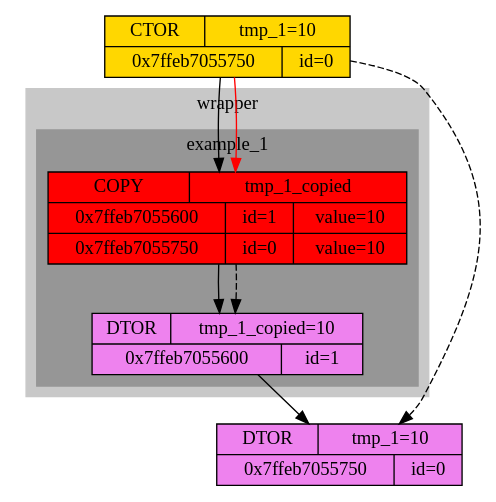
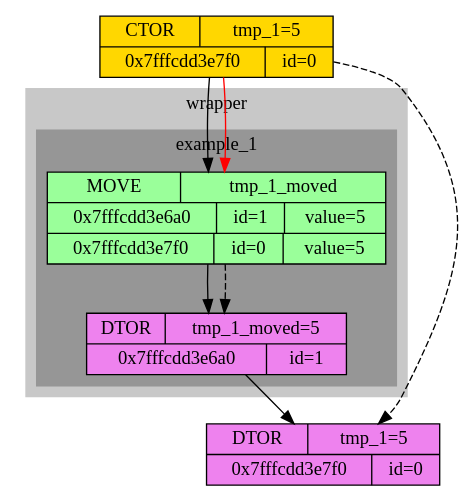
The diagram in Move&forward_research/new.dot (x-ENIAC/MIPT_projects_4_sem), drawn with Graphviz before and after one commit. The commit also changed 6 other files, not shown here.

```diff
--- a/Move&forward_research/new.dot
+++ b/Move&forward_research/new.dot
@@ -1,26 +1,26 @@
 digraph graphname {
-	node0CTOR [shape="record", style="filled", fillcolor="gold", label="{{CTOR | tmp_1=10}|{0x7ffeb7055750 | id=0}}"]
+	node0CTOR [shape="record", style="filled", fillcolor="gold", label="{{CTOR | tmp_1=5}|{0x7fffcdd3e7f0 | id=0}}"]
 
 subgraph "cluster_0" {
 	style=filled;
 	color="#c8c8c8";
 	
 subgraph "cluster_1" {
 	style=filled;
 	color="#969696";
-		node1COPY  [shape="record", style="filled", fillcolor="red" label="{{COPY | tmp_1_copied}|{0x7ffeb7055600 | id=1 | value=10}|{0x7ffeb7055750 | id=0 | value=10}}"]
-	node1DTOR [shape="record", style="filled", fillcolor="violet", label="{{DTOR | tmp_1_copied=10}|{0x7ffeb7055600 | id=1}}"]
+		node1MOVE  [shape="record", style="filled", fillcolor="palegreen1" label="{{MOVE | tmp_1_moved}|{0x7fffcdd3e6a0 | id=1 | value=5}|{0x7fffcdd3e7f0 | id=0 | value=5}}"]
+	node1DTOR [shape="record", style="filled", fillcolor="violet", label="{{DTOR | tmp_1_moved=5}|{0x7fffcdd3e6a0 | id=1}}"]
 	label = "example_1" 
 }
 
 	label = "wrapper" 
 }
 
-	node0DTOR [shape="record", style="filled", fillcolor="violet", label="{{DTOR | tmp_1=10}|{0x7ffeb7055750 | id=0}}"]
-	node0CTOR -> node1COPY
-	node0CTOR -> node1COPY [color="red"]
-	node1COPY -> node1DTOR
-	node1COPY -> node1DTOR [style="dashed"]
+	node0DTOR [shape="record", style="filled", fillcolor="violet", label="{{DTOR | tmp_1=5}|{0x7fffcdd3e7f0 | id=0}}"]
+	node0CTOR -> node1MOVE
+	node0CTOR -> node1MOVE [color="red"]
+	node1MOVE -> node1DTOR
+	node1MOVE -> node1DTOR [style="dashed"]
 	node1DTOR -> node0DTOR
 	node0CTOR -> node0DTOR [style="dashed"]
 }
```
